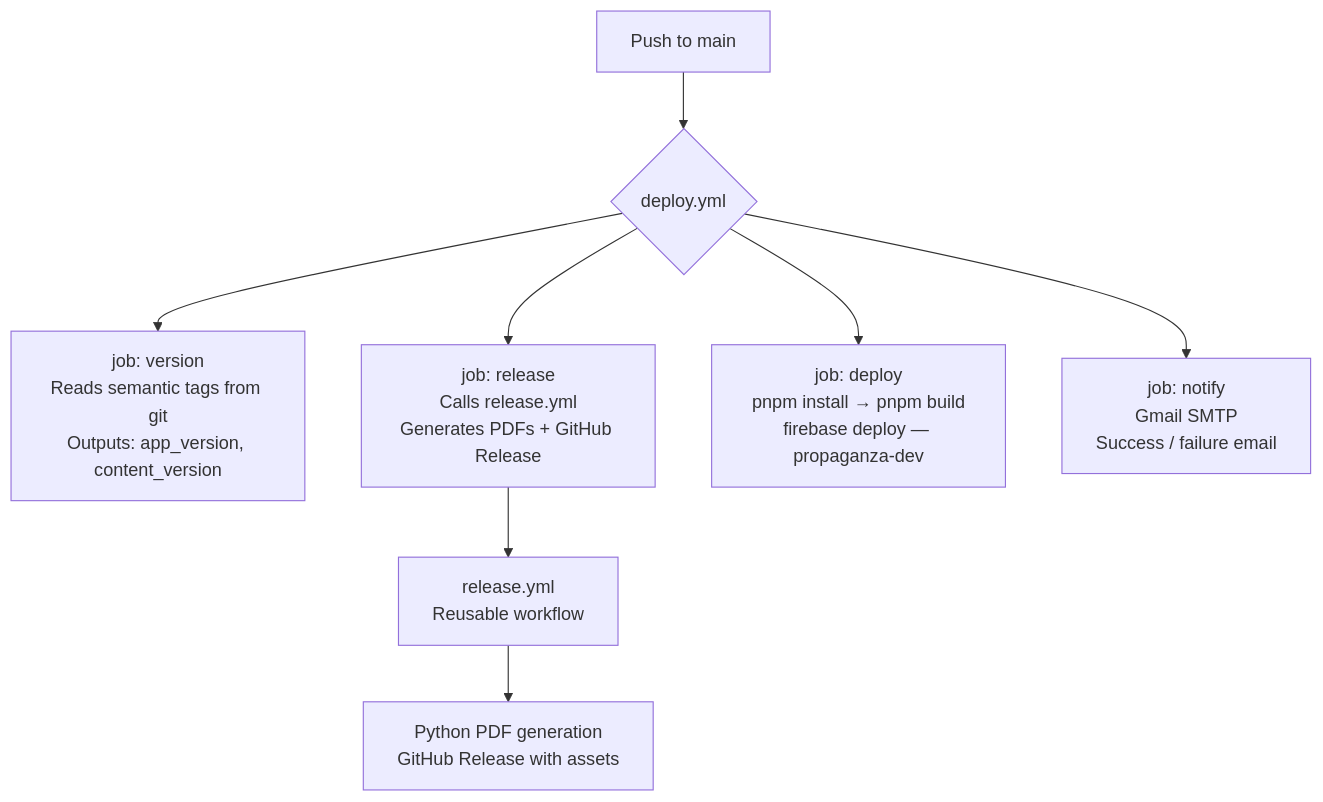
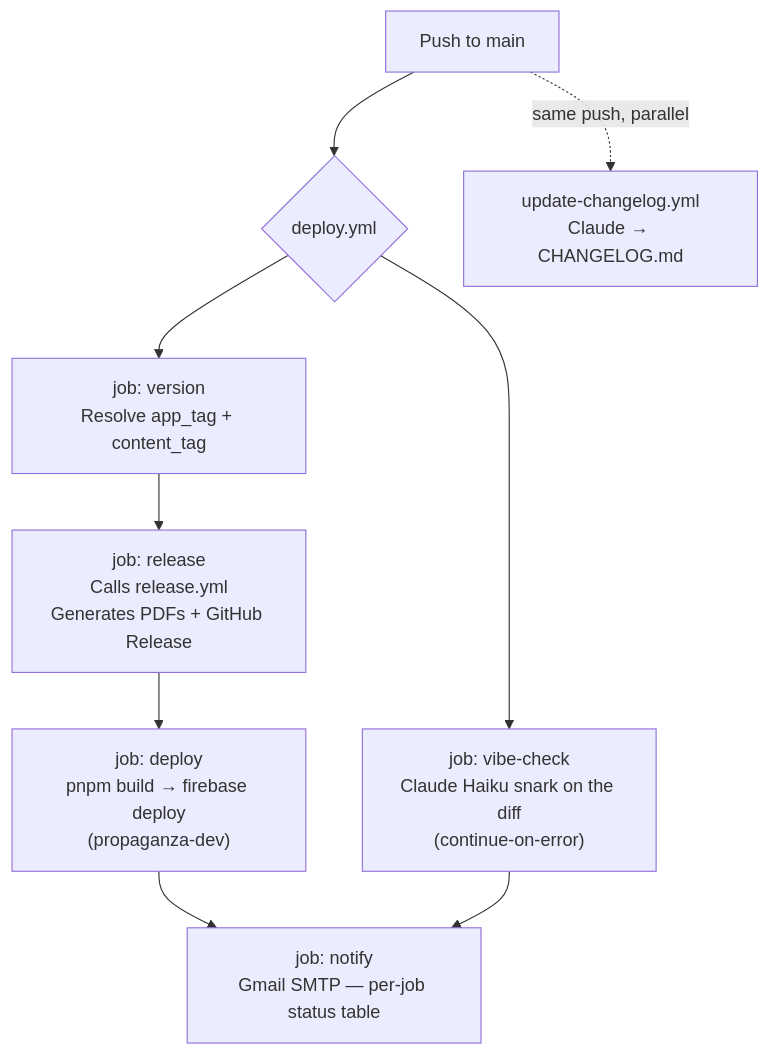
Before and after one commit to Cartoniol/project-propz: the first of 3 diagrams in PROJECT_OVERVIEW.md, drawn with Mermaid. The commit also changed other lines of this file and 2 other files, not shown here.

Commit message:
disabled chat, updated content

````diff
--- a/PROJECT_OVERVIEW.md
+++ b/PROJECT_OVERVIEW.md
@@ -215,10 +259,11 @@
 ```mermaid
 graph TD
     A[Push to main] --> B{deploy.yml}
-    B --> C[job: version\nReads semantic tags from git\nOutputs: app_version, content_version]
-    B --> D[job: release\nCalls release.yml\nGenerates PDFs + GitHub Release]
-    B --> E[job: deploy\npnpm install → pnpm build\nfirebase deploy — propaganza-dev]
-    B --> F[job: notify\nGmail SMTP\nSuccess / failure email]
-    D --> G[release.yml\nReusable workflow]
-    G --> H[Python PDF generation\nGitHub Release with assets]
+    B --> C["job: version<br/>Resolve app_tag + content_tag"]
+    C --> D["job: release<br/>Calls release.yml<br/>Generates PDFs + GitHub Release"]
+    D --> E["job: deploy<br/>pnpm build → firebase deploy<br/>(propaganza-dev)"]
+    B --> F["job: vibe-check<br/>Claude Haiku snark on the diff<br/>(continue-on-error)"]
+    E --> G["job: notify<br/>Gmail SMTP — per-job status table"]
+    F --> G
+    A -.->|same push, parallel| H["update-changelog.yml<br/>Claude → CHANGELOG.md"]
 ```
````
